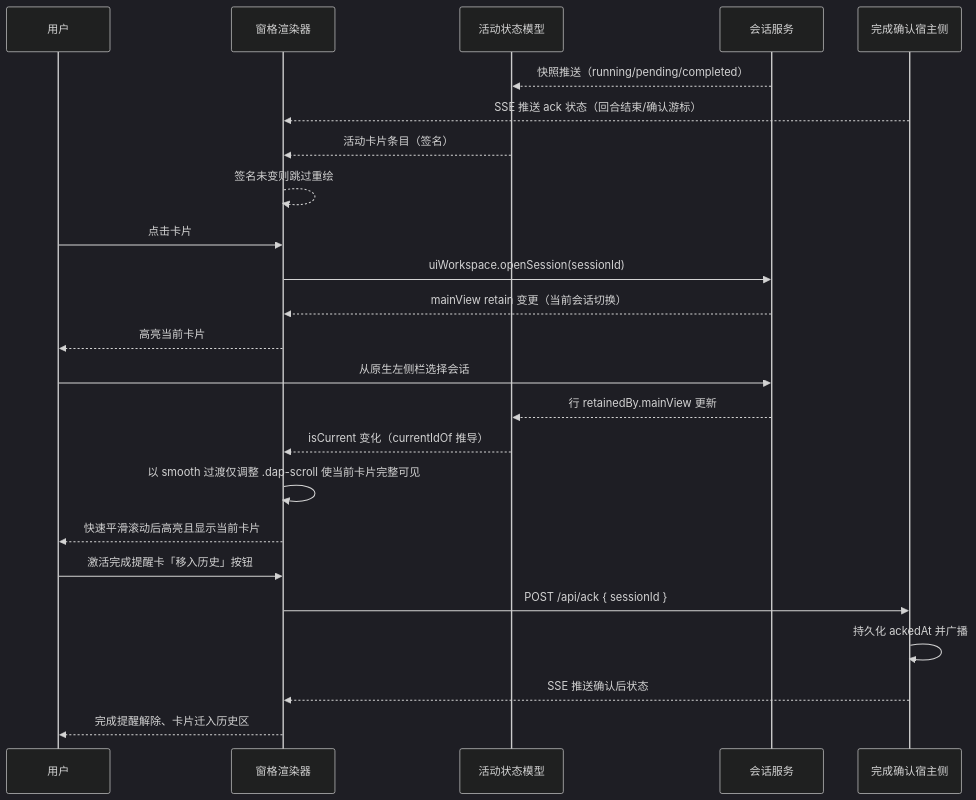
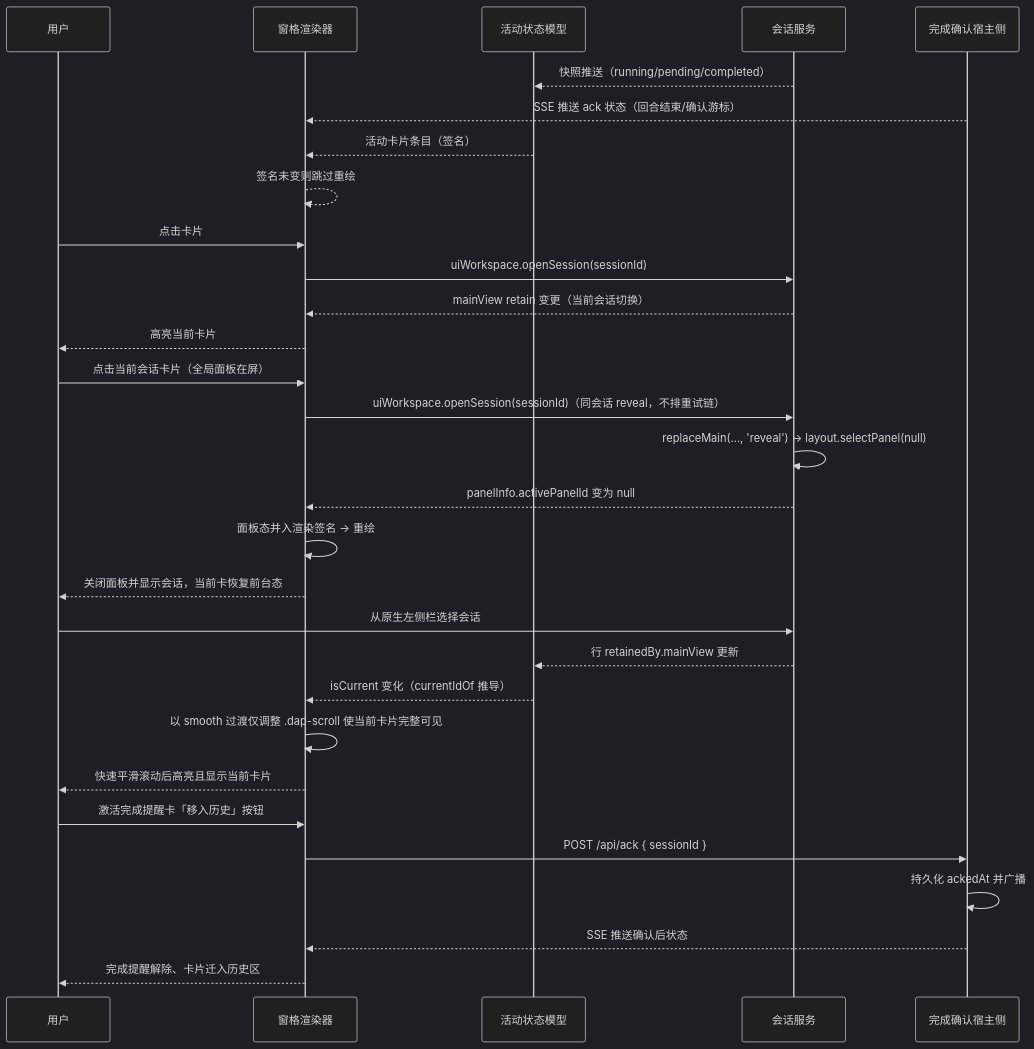
One commit to ccll/dsh-activity-pane changed the third of 6 diagrams in SOLUTION.md. Above: the diagram before and after it, drawn with Mermaid (dark theme). The commit also changed other lines of this file and 14 other files, not shown here.

````diff
--- a/SOLUTION.md
+++ b/SOLUTION.md
@@ -80,26 +80,32 @@
 ```mermaid
 sequenceDiagram
     participant U as 用户
     participant R as 窗格渲染器
     participant C as 活动状态模型
     participant S as 会话服务
     participant H as 完成确认宿主侧
     S-->>C: 快照推送（running/pending/completed）
     H-->>R: SSE 推送 ack 状态（回合结束/确认游标）
     C-->>R: 活动卡片条目（签名）
     R-->>R: 签名未变则跳过重绘
     U->>R: 点击卡片
     R->>S: uiWorkspace.openSession(sessionId)
     S-->>R: mainView retain 变更（当前会话切换）
     R-->>U: 高亮当前卡片
+    U->>R: 点击当前会话卡片（全局面板在屏）
+    R->>S: uiWorkspace.openSession(sessionId)（同会话 reveal，不排重试链）
+    S->>S: replaceMain(..., 'reveal') → layout.selectPanel(null)
+    S-->>R: panelInfo.activePanelId 变为 null
+    R->>R: 面板态并入渲染签名 → 重绘
+    R-->>U: 关闭面板并显示会话，当前卡恢复前台态
     U->>S: 从原生左侧栏选择会话
     S-->>C: 行 retainedBy.mainView 更新
     C-->>R: isCurrent 变化（currentIdOf 推导）
     R->>R: 以 smooth 过渡仅调整 .dap-scroll 使当前卡片完整可见
     R-->>U: 快速平滑滚动后高亮且显示当前卡片
     U->>R: 激活完成提醒卡「移入历史」按钮
     R->>H: POST /api/ack { sessionId }
     H->>H: 持久化 ackedAt 并广播
     H-->>R: SSE 推送确认后状态
     R-->>U: 完成提醒解除、卡片迁入历史区
 ```
````
